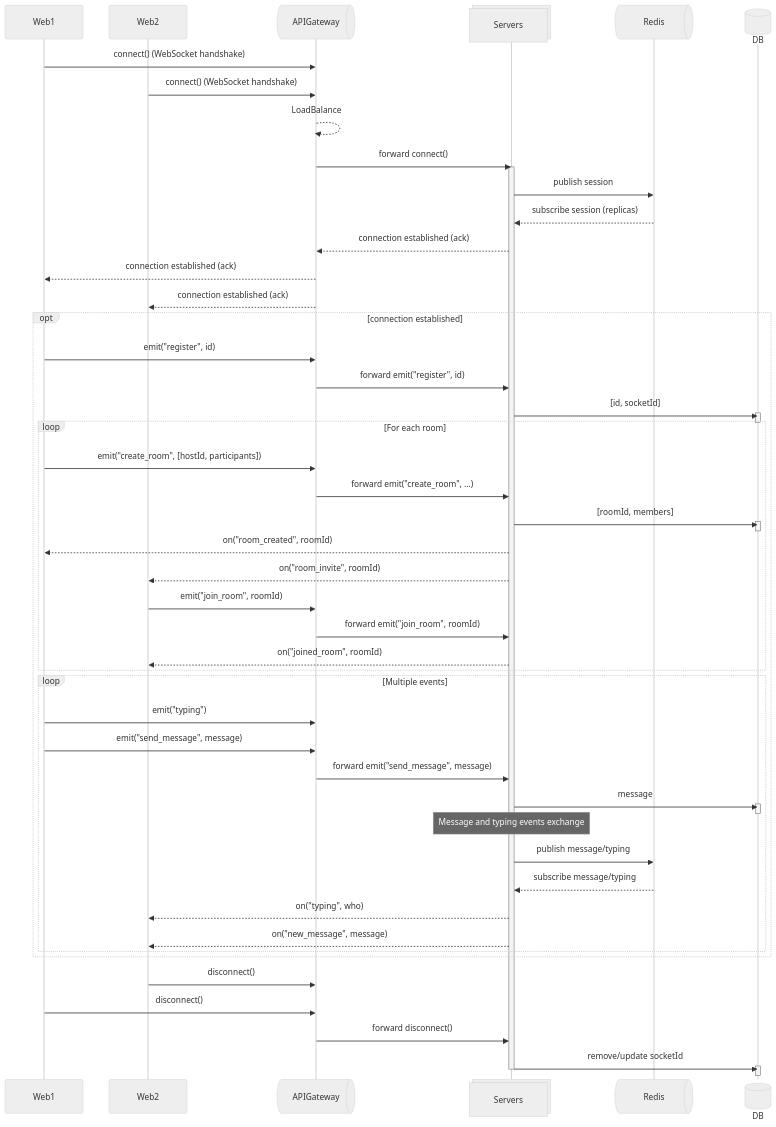
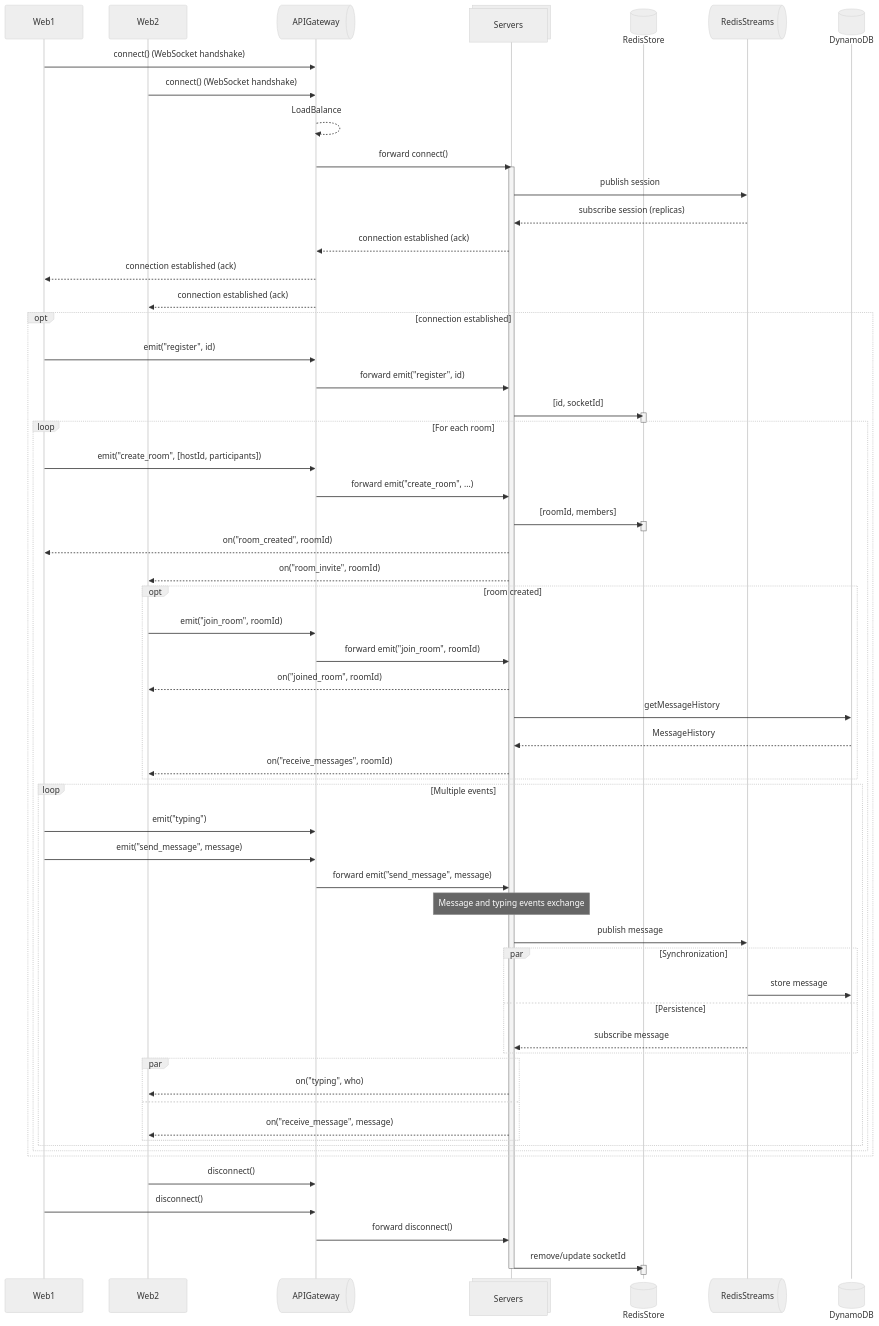
Before and after one commit to NarciSource/Chat-Socket.IO: the second of 2 diagrams in README.md, drawn with Mermaid (neutral theme). The commit also changed other lines of this file, not shown here.

Commit message:
docs: README 영속성 계층 업데이트

````diff
--- a/README.md
+++ b/README.md
@@ -123,88 +132,100 @@
 ```mermaid
 sequenceDiagram
-    %% Participants
-    participant Web1
-    participant Web2
-    participant APIGateway@{ "type" : "queue" }
-    participant Servers@{ "type" : "collections" }
-    participant Redis@{ "type" : "queue" }
-    participant DB@{ "type": "database"}
+  %% Participants
+  participant Web1
+  participant Web2
+  participant APIGateway@{ "type" : "queue" }
+  participant Servers@{ "type" : "collections" }
+  participant RedisStore@{ "type": "database" }
+  participant RedisStreams@{ "type" : "queue" }
+  participant DynamoDB@{ "type" : "database" }
 
-    %% 1. 연결 단계
-    Web1 ->> APIGateway: connect() (WebSocket handshake)
-    Web2 ->> APIGateway: connect() (WebSocket handshake)
+  %% 1. 연결 단계
+  Web1 ->> APIGateway: connect() (WebSocket handshake)
+  Web2 ->> APIGateway: connect() (WebSocket handshake)
 
-    %% APIGateway 로드밸런싱
-    APIGateway -->> APIGateway: LoadBalance
-    APIGateway ->> Servers: forward connect()
+  %% APIGateway 로드밸런싱
+  APIGateway -->> APIGateway: LoadBalance
+  APIGateway ->> Servers: forward connect()
 
-    activate Servers
+  activate Servers
 
-    Servers ->> Redis: publish session
-    Redis -->> Servers: subscribe session (replicas)
-    Servers -->> APIGateway: connection established (ack)
-    APIGateway -->> Web1: connection established (ack)
-    APIGateway -->> Web2: connection established (ack)
+  Servers ->> RedisStreams: publish session
+  RedisStreams -->> Servers: subscribe session (replicas)
+  Servers -->> APIGateway: connection established (ack)
+  APIGateway -->> Web1: connection established (ack)
+  APIGateway -->> Web2: connection established (ack)
 
-    %% 2. 연결 성공 시 동작
-    opt connection established
-        %% 2-1. 사용자 등록
-        Web1 ->> APIGateway: emit("register", id)
-        APIGateway ->> Servers: forward emit("register", id)
+  %% 2. 연결 성공 시 동작
+  opt connection established
+    %% 2-1. 사용자 등록
+    Web1 ->> APIGateway: emit("register", id)
+    APIGateway ->> Servers: forward emit("register", id)
 
-        %% 데이터베이스 저장
-        Servers ->> DB: [id, socketId]
-        activate DB
-        deactivate DB
+    %% 데이터베이스 저장
+    Servers ->> RedisStore: [id, socketId]
+    activate RedisStore
+    deactivate RedisStore
 
-        %% 2-2. 여러 방 생성 시나리오
-        loop For each room
-            Web1 ->> APIGateway: emit("create_room", [hostId, participants])
-            APIGateway ->> Servers: forward emit("create_room", ...)
+    %% 3. 여러 방 생성 시나리오
+    loop For each room
+      Web1 ->> APIGateway: emit("create_room", [hostId, participants])
+      APIGateway ->> Servers: forward emit("create_room", ...)
 
-            %% 데이터베이스 저장
-            Servers ->> DB: [roomId, members]
-            activate DB
-            deactivate DB
+      %% 데이터베이스 저장
+      Servers ->> RedisStore: [roomId, members]
+      activate RedisStore
+      deactivate RedisStore
 
-            Servers -->> Web1: on("room_created", roomId)
-            Servers -->> Web2: on("room_invite", roomId)
+      Servers -->> Web1: on("room_created", roomId)
+      Servers -->> Web2: on("room_invite", roomId)
 
-            %% 방 참가
-            Web2 ->> APIGateway: emit("join_room", roomId)
-            APIGateway ->> Servers: forward emit("join_room", roomId)
-            Servers -->> Web2: on("joined_room", roomId)
+      opt room created
+        %% 3-1. 방 참가
+        Web2 ->> APIGateway: emit("join_room", roomId)
+        APIGateway ->> Servers: forward emit("join_room", roomId)
+        Servers -->> Web2: on("joined_room", roomId)
+
+        %% 메시지 기록 불러오기
+        Servers ->> DynamoDB: getMessageHistory
+        DynamoDB -->> Servers: MessageHistory
+        Servers -->> Web2: on("receive_messages", roomId)
+      end
+
+      %% 4. 메시지 교환 & 타이핑 알림
+      loop Multiple events
+        Web1 ->> APIGateway: emit("typing")
+        Web1 ->> APIGateway: emit("send_message", message)
+        APIGateway ->> Servers: forward emit("send_message", message)
+
+        %% RedisStreams Pub/Sub로 이벤트/세션 동기화
+        note over Servers: Message and typing events exchange
+        Servers ->> RedisStreams: publish message
+
+        %% 4-1. 영속성 저장
+        par Synchronization
+          RedisStreams ->> DynamoDB: store message
+        and Persistence
+          RedisStreams -->> Servers: subscribe message
         end
 
-        %% 2-3. 메시지 교환 & 타이핑 알림
-        loop Multiple events
-            Web1 ->> APIGateway: emit("typing")
-            Web1 ->> APIGateway: emit("send_message", message)
-            APIGateway ->> Servers: forward emit("send_message", message)
+        par
+          Servers -->> Web2: on("typing", who)
+        and
+          Servers -->> Web2: on("receive_message", message)
+        end
+      end
+    end
+  end
 
-            %% DB 저장
-            Servers ->> DB: message
-            activate DB
-            deactivate DB
+  %% 5. 연결 종료
+  Web2 ->> APIGateway: disconnect()
+  Web1 ->> APIGateway: disconnect()
+  APIGateway ->> Servers: forward disconnect()
 
-            %% Redis Pub/Sub로 이벤트/세션 동기화
-            note over Servers: Message and typing events exchange
-            Servers ->> Redis: publish message/typing
-            Redis -->> Servers: subscribe message/typing
+  Servers ->> RedisStore: remove/update socketId
+  activate RedisStore
+  deactivate RedisStore
 
-            Servers -->> Web2: on("typing", who)
-            Servers -->> Web2: on("new_message", message)
-        end
-    end
-
-    %% 3. 연결 종료
-    Web2 ->> APIGateway: disconnect()
-    Web1 ->> APIGateway: disconnect()
-    APIGateway ->> Servers: forward disconnect()
-
-    Servers ->> DB: remove/update socketId
-    activate DB
-    deactivate DB
-
-    deactivate Servers
+  deactivate Servers
 ```
````
